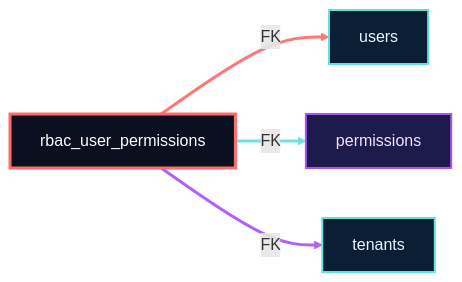
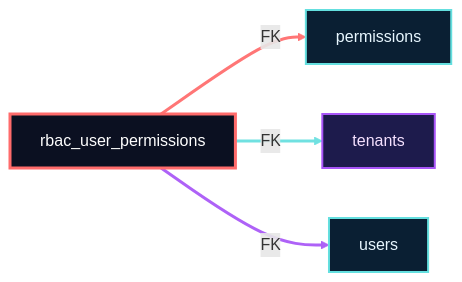
The diagram in README.md (blackcatdatabase/table-rbac-user-permissions), drawn with Mermaid before and after one commit. The commit also changed 1 other file, not shown here.

````diff
--- a/README.md
+++ b/README.md
@@ -73,15 +73,15 @@
 ```mermaid
 graph LR
   %% Neon lineage view (auto-parsed from docs/definitions.md)
   classDef center fill:#0b1021,stroke:#ff6b6b,stroke-width:3px,color:#fefefe;
   classDef link fill:#0a1f33,stroke:#64dfdf,stroke-width:2px,color:#e8f7ff;
   classDef accent fill:#1d1b4c,stroke:#a855f7,stroke-width:2px,color:#f5e1ff;
   classDef inbound fill:#0f172a,stroke:#10b981,stroke-width:2px,color:#e2fcef;
   rbac_user_permissions["rbac_user_permissions"]:::center
+  rbac_user_permissions -->|FK| permissions["permissions"]:::link
+  rbac_user_permissions -->|FK| tenants["tenants"]:::accent
   rbac_user_permissions -->|FK| users["users"]:::link
-  rbac_user_permissions -->|FK| permissions["permissions"]:::accent
-  rbac_user_permissions -->|FK| tenants["tenants"]:::link
   linkStyle 0 stroke:#ff6b6b,stroke-width:3px,opacity:0.92;
   linkStyle 1 stroke:#64dfdf,stroke-width:3px,opacity:0.92;
   linkStyle 2 stroke:#a855f7,stroke-width:3px,opacity:0.92;
 ```
````
